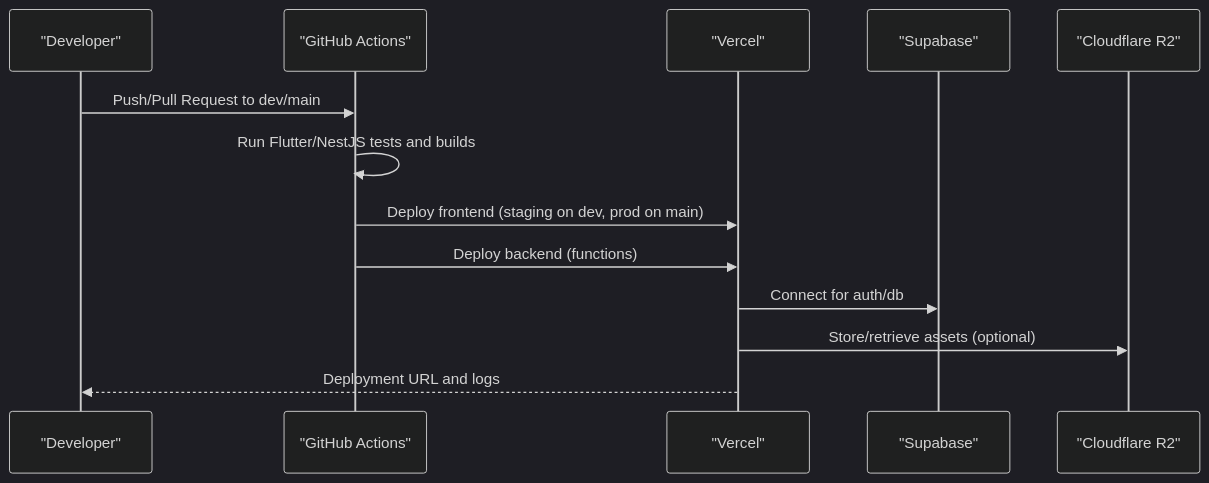
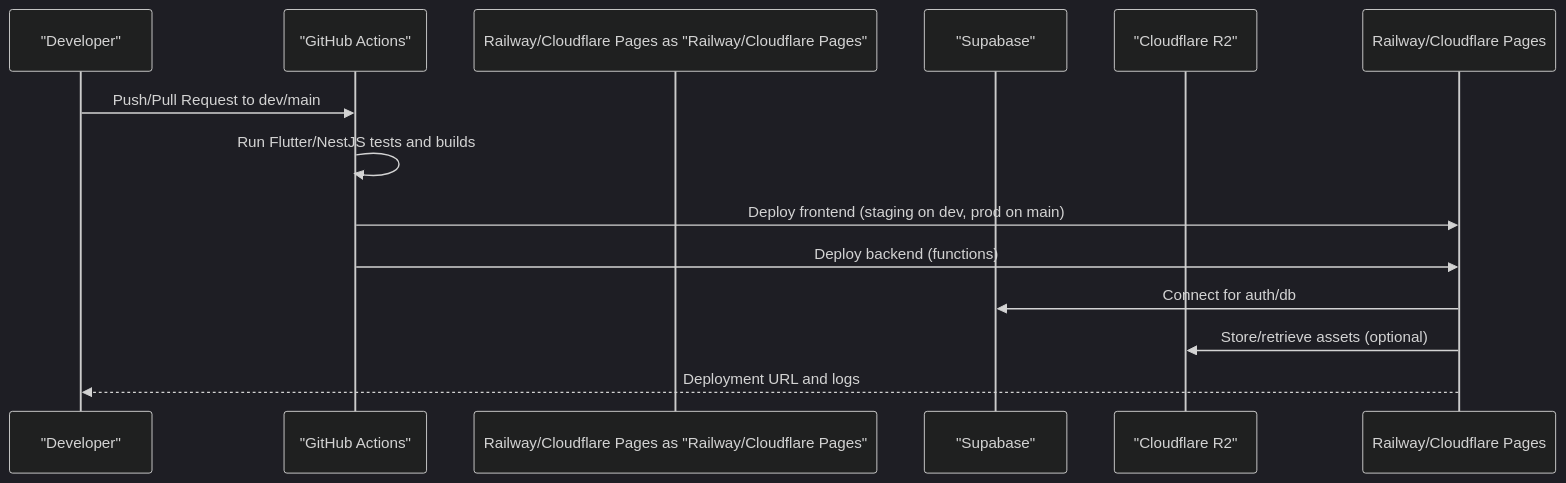
Before and after one commit to ARUNTHOMAS3/trans: the second of 7 diagrams in repowiki/en/content/Deployment & DevOps/Deployment Strategies.md, drawn with Mermaid (dark theme). The commit also changed other lines of this file and 1490 other files, not shown here.

````diff
--- a/repowiki/en/content/Deployment & DevOps/Deployment Strategies.md
+++ b/repowiki/en/content/Deployment & DevOps/Deployment Strategies.md
@@ -96,15 +96,15 @@
 ```mermaid
 sequenceDiagram
 participant Dev as "Developer"
 participant GH as "GitHub Actions"
-participant Vercel as "Vercel"
+participant Railway/Cloudflare Pages as "Railway/Cloudflare Pages"
 participant Supabase as "Supabase"
 participant R2 as "Cloudflare R2"
 Dev->>GH : Push/Pull Request to dev/main
 GH->>GH : Run Flutter/NestJS tests and builds
-GH->>Vercel : Deploy frontend (staging on dev, prod on main)
-GH->>Vercel : Deploy backend (functions)
-Vercel->>Supabase : Connect for auth/db
-Vercel->>R2 : Store/retrieve assets (optional)
-Vercel-->>Dev : Deployment URL and logs
+GH->>Railway/Cloudflare Pages : Deploy frontend (staging on dev, prod on main)
+GH->>Railway/Cloudflare Pages : Deploy backend (functions)
+Railway/Cloudflare Pages->>Supabase : Connect for auth/db
+Railway/Cloudflare Pages->>R2 : Store/retrieve assets (optional)
+Railway/Cloudflare Pages-->>Dev : Deployment URL and logs
 ```
````
